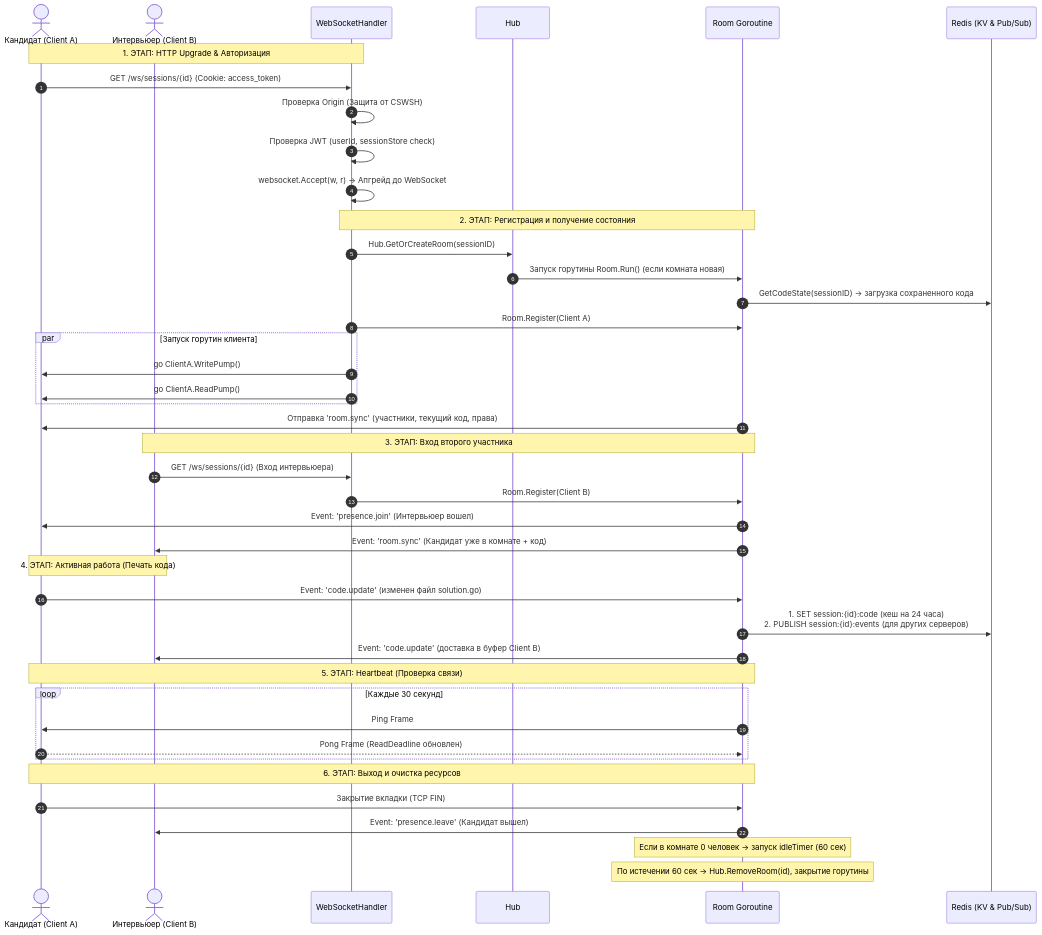
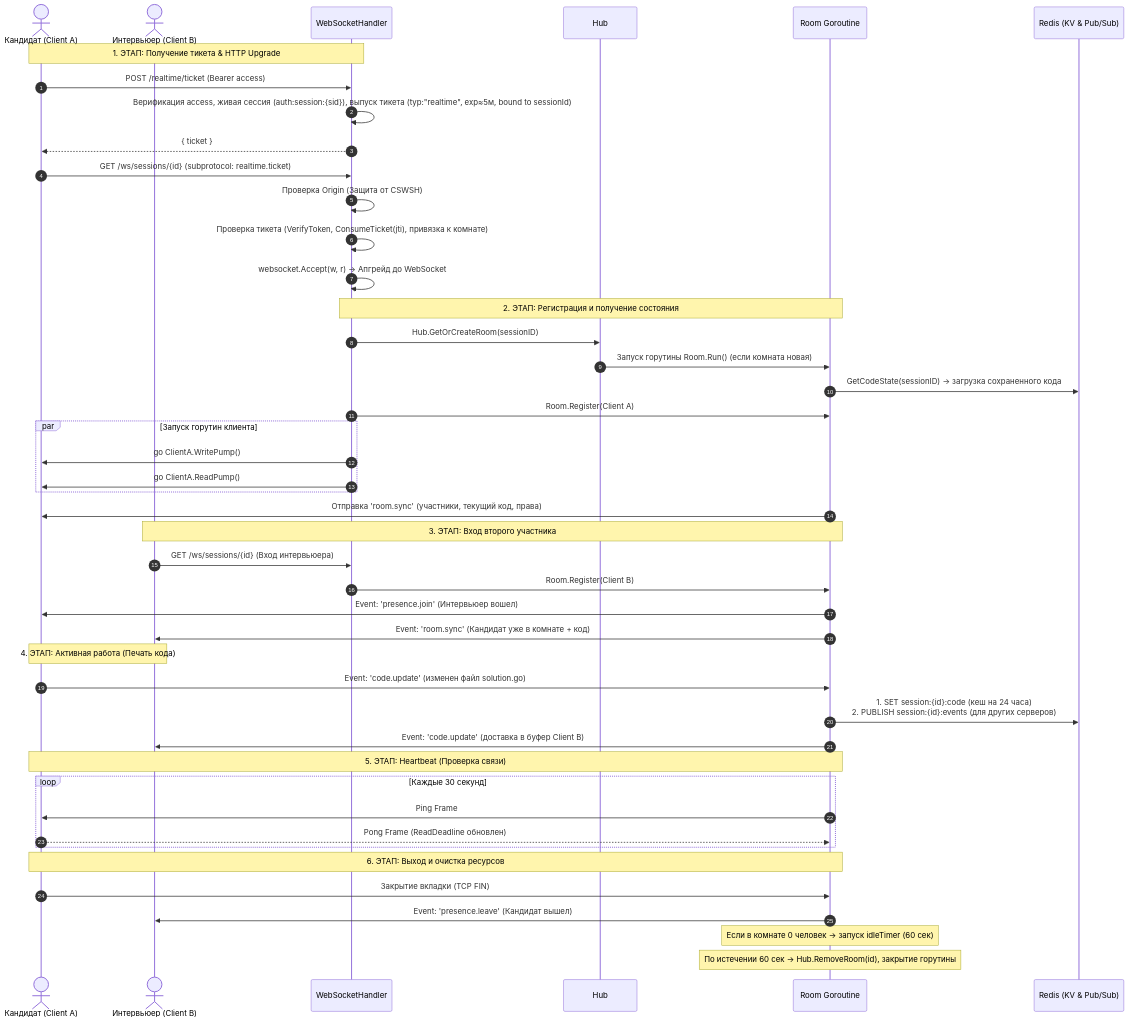
The second of 2 diagrams in docs/WEBSOCKET_ARCHITECTURE.md (Riko4502/MockInterviewAI), drawn with Mermaid before and after one commit. The commit also changed other lines of this file and 8 other files, not shown here.

````diff
--- a/docs/WEBSOCKET_ARCHITECTURE.md
+++ b/docs/WEBSOCKET_ARCHITECTURE.md
@@ -119,52 +119,55 @@
 ```mermaid
 sequenceDiagram
     autonumber
     actor Candidate as Кандидат (Client A)
     actor Interviewer as Интервьюер (Client B)
     participant Handler as WebSocketHandler
     participant Hub as Hub
     participant Room as Room Goroutine
     participant Redis as Redis (KV & Pub/Sub)
 
-    Note over Candidate,Handler: 1. ЭТАП: HTTP Upgrade & Авторизация
-    Candidate->>Handler: GET /ws/sessions/{id} (Cookie: access_token)
+    Note over Candidate,Handler: 1. ЭТАП: Получение тикета & HTTP Upgrade
+    Candidate->>Handler: POST /realtime/ticket (Bearer access)
+    Handler->>Handler: Верификация access, живая сессия (auth:session:{sid}), выпуск тикета (typ:"realtime", exp≈5м, bound to sessionId)
+    Handler-->>Candidate: { ticket }
+    Candidate->>Handler: GET /ws/sessions/{id} (subprotocol: realtime.ticket)
     Handler->>Handler: Проверка Origin (Защита от CSWSH)
-    Handler->>Handler: Проверка JWT (userId, sessionStore check)
+    Handler->>Handler: Проверка тикета (VerifyToken, ConsumeTicket(jti), привязка к комнате)
     Handler->>Handler: websocket.Accept(w, r) -> Апгрейд до WebSocket
     
     Note over Handler,Room: 2. ЭТАП: Регистрация и получение состояния
     Handler->>Hub: Hub.GetOrCreateRoom(sessionID)
     Hub->>Room: Запуск горутины Room.Run() (если комната новая)
     Room->>Redis: GetCodeState(sessionID) -> загрузка сохраненного кода
     Handler->>Room: Room.Register(Client A)
     
     par Запуск горутин клиента
         Handler->>Candidate: go ClientA.WritePump()
         Handler->>Candidate: go ClientA.ReadPump()
     end
 
     Room->>Candidate: Отправка 'room.sync' (участники, текущий код, права)
 
     Note over Interviewer,Room: 3. ЭТАП: Вход второго участника
     Interviewer->>Handler: GET /ws/sessions/{id} (Вход интервьюера)
     Handler->>Room: Room.Register(Client B)
     Room->>Candidate: Event: 'presence.join' (Интервьюер вошел)
     Room->>Interviewer: Event: 'room.sync' (Кандидат уже в комнате + код)
 
     Note over Candidate,Interviewer: 4. ЭТАП: Активная работа (Печать кода)
     Candidate->>Room: Event: 'code.update' (изменен файл solution.go)
     Room->>Redis: 1. SET session:{id}:code (кеш на 24 часа)<br/>2. PUBLISH session:{id}:events (для других серверов)
     Room->>Interviewer: Event: 'code.update' (доставка в буфер Client B)
 
     Note over Candidate,Room: 5. ЭТАП: Heartbeat (Проверка связи)
     loop Каждые 30 секунд
         Room->>Candidate: Ping Frame
         Candidate-->>Room: Pong Frame (ReadDeadline обновлен)
     end
 
     Note over Candidate,Room: 6. ЭТАП: Выход и очистка ресурсов
     Candidate->>Room: Закрытие вкладки (TCP FIN)
     Room->>Interviewer: Event: 'presence.leave' (Кандидат вышел)
     Note over Room: Если в комнате 0 человек -> запуск idleTimer (60 сек)
     Note over Room: По истечении 60 сек -> Hub.RemoveRoom(id), закрытие горутины
 ```
````
